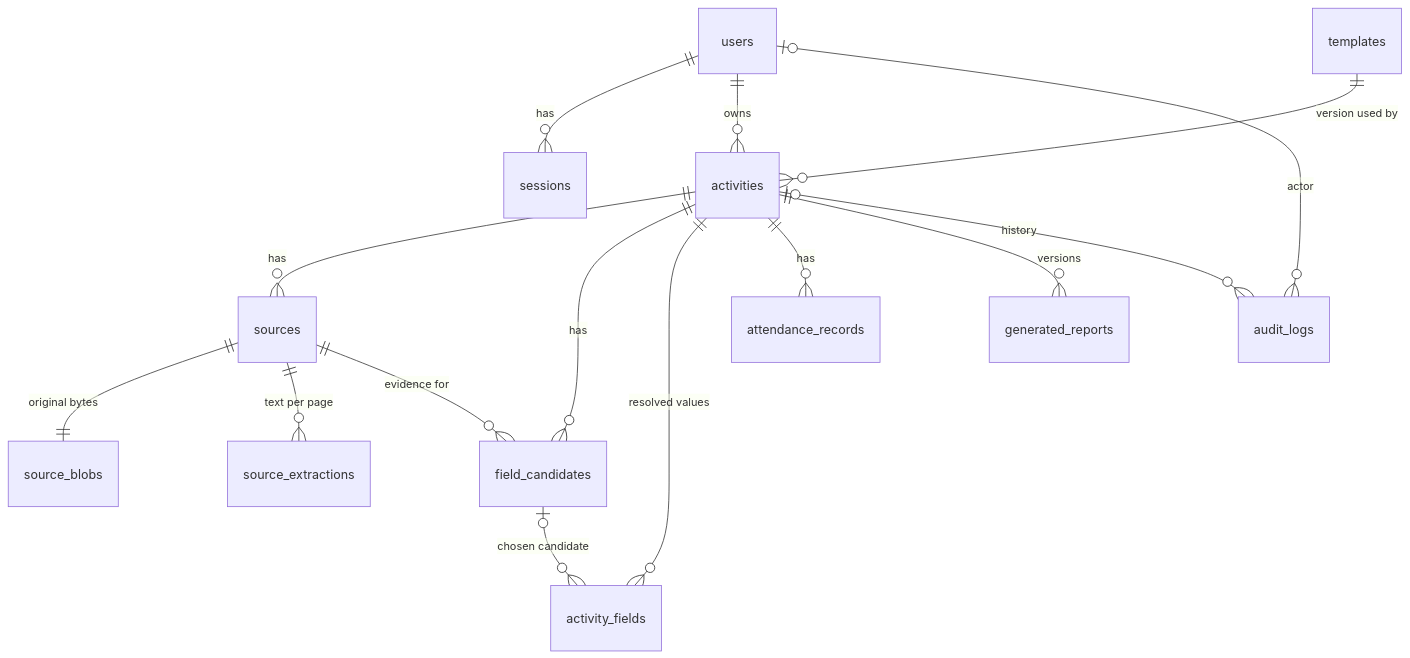
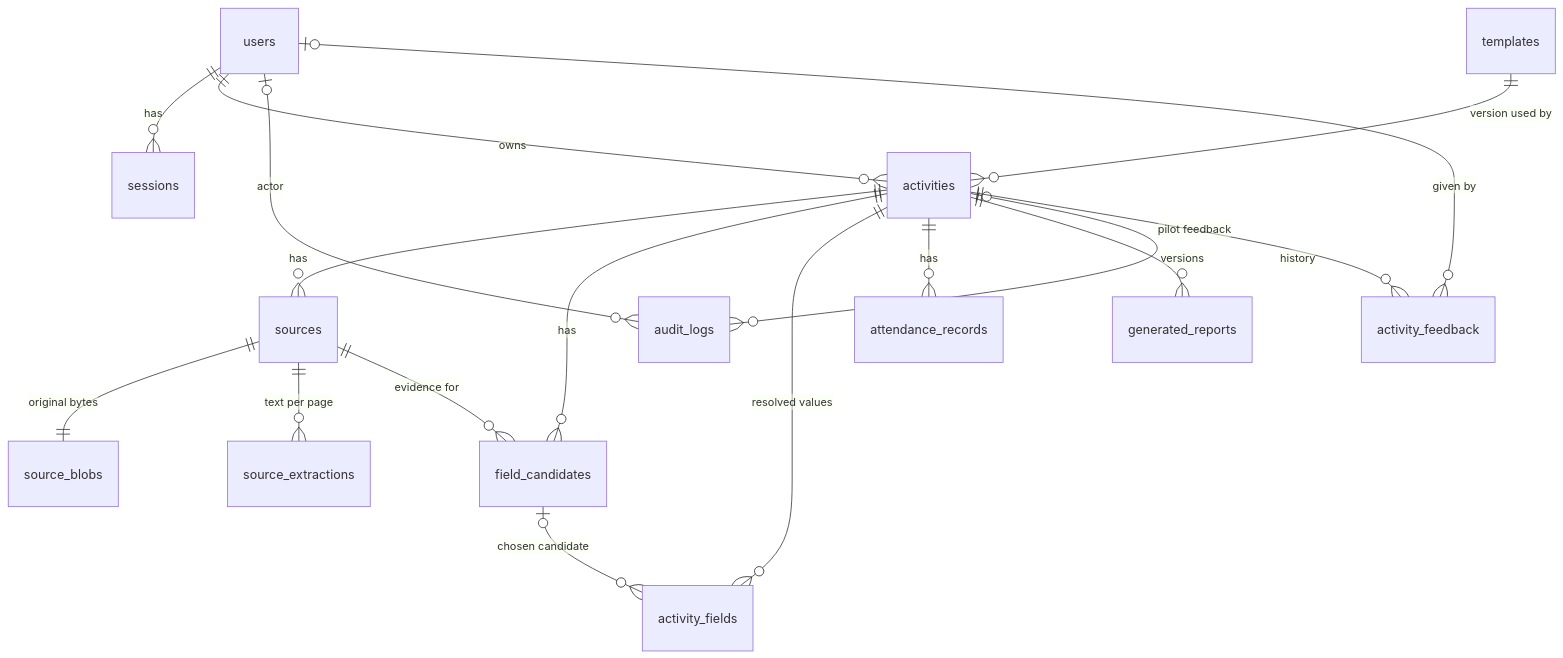
Before and after one commit to pgp41370-coder/college-operations-copilot: the diagram in docs/architecture/er-model.mmd, drawn with Mermaid. The commit also changed 33 other files, not shown here.

First line of the commit message:
feat: pilot feedback form, pilot metrics and product-video tooling

```diff
--- a/docs/architecture/er-model.mmd
+++ b/docs/architecture/er-model.mmd
@@ -1,16 +1,18 @@
-%% Database entities (db/migrations/001_init.sql) — all IMPLEMENTED.
+%% Database entities (db/migrations/001_init.sql, 002_feedback.sql) — all IMPLEMENTED.
 erDiagram
   users ||--o{ sessions : has
   users ||--o{ activities : owns
   templates ||--o{ activities : "version used by"
   activities ||--o{ sources : has
   sources ||--|| source_blobs : "original bytes"
   sources ||--o{ source_extractions : "text per page"
   activities ||--o{ field_candidates : has
   sources ||--o{ field_candidates : "evidence for"
   activities ||--o{ activity_fields : "resolved values"
   field_candidates |o--o{ activity_fields : "chosen candidate"
   activities ||--o{ attendance_records : has
   activities ||--o{ generated_reports : "versions"
   activities |o--o{ audit_logs : "history"
   users |o--o{ audit_logs : actor
+  activities ||--o{ activity_feedback : "pilot feedback"
+  users |o--o{ activity_feedback : "given by"
```
